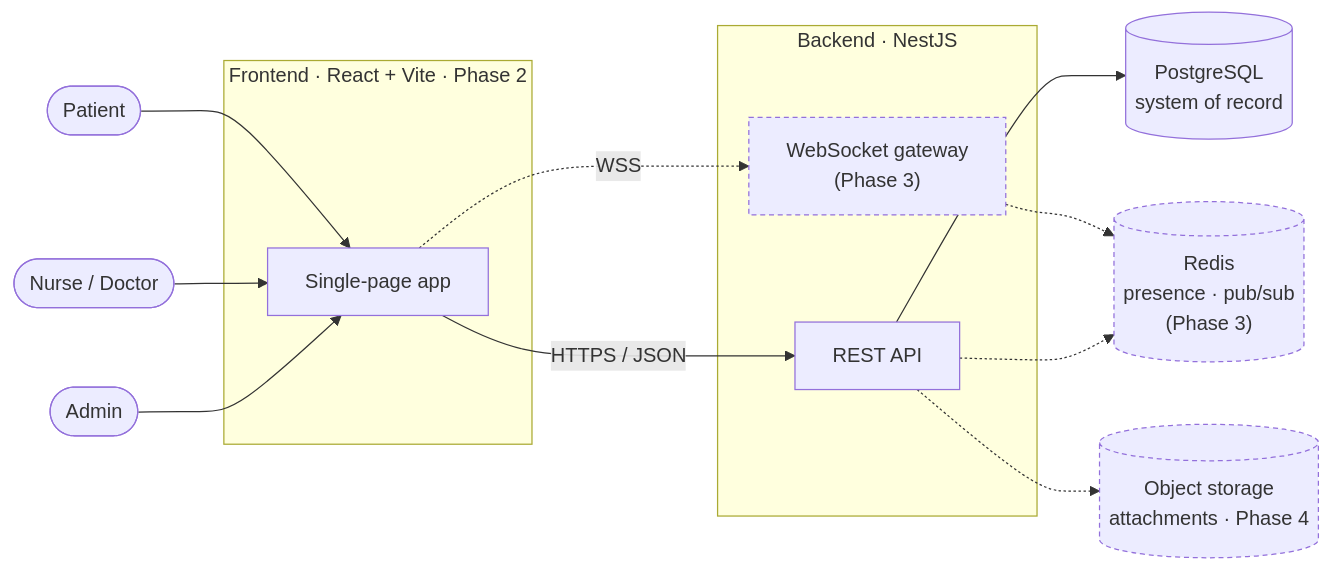
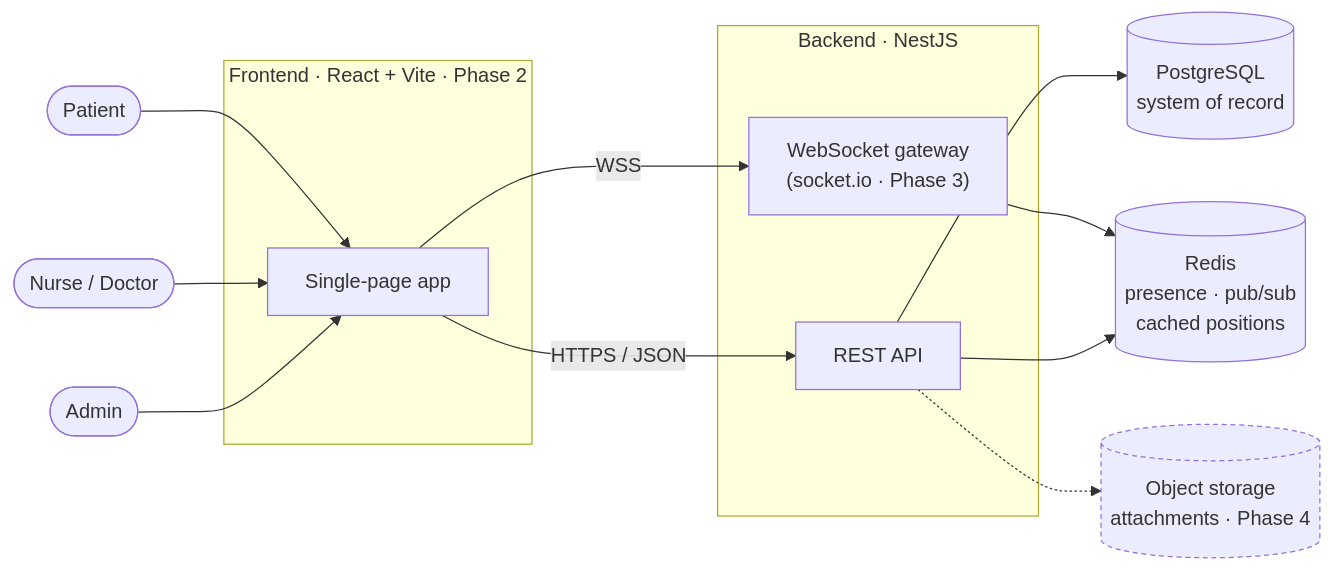
One commit to akritiupreti/virtual-consultation-platform changed the first of 11 diagrams in docs/architecture.md. Above: the diagram before and after it, drawn with Mermaid. The commit also changed other lines of this file and 38 other files, not shown here.

````diff
--- a/docs/architecture.md
+++ b/docs/architecture.md
@@ -16,32 +16,32 @@
 ```mermaid
 flowchart LR
     patient([Patient])
     clinician([Nurse / Doctor])
     admin([Admin])
 
     subgraph client [Frontend · React + Vite · Phase 2]
         spa[Single-page app]
     end
 
     subgraph server [Backend · NestJS]
         api[REST API]
-        ws["WebSocket gateway<br/>(Phase 3)"]
+        ws["WebSocket gateway<br/>(socket.io · Phase 3)"]
     end
 
     db[(PostgreSQL<br/>system of record)]
-    redis[("Redis<br/>presence · pub/sub<br/>(Phase 3)")]
+    redis[("Redis<br/>presence · pub/sub<br/>cached positions")]
     obj[("Object storage<br/>attachments · Phase 4")]
 
     patient --> spa
     clinician --> spa
     admin --> spa
     spa -->|HTTPS / JSON| api
-    spa -.->|WSS| ws
+    spa -->|WSS| ws
     api --> db
-    ws -.-> redis
-    api -.-> redis
+    ws --> redis
+    api --> redis
     api -.-> obj
 
     classDef later stroke-dasharray: 4 3;
-    class ws,redis,obj later
+    class obj later
 ```
````
